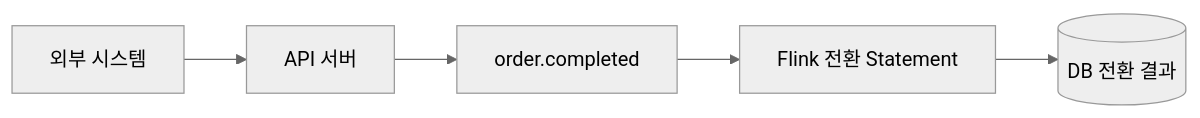
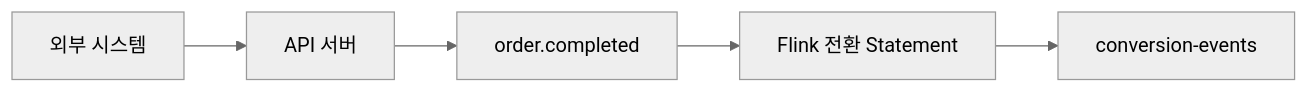
One commit to smk692/advertisement-project changed the fifth of 6 diagrams in docs/2. 설계/2-4. 광고_토픽_설계.md. Above: the diagram before and after it, drawn with Mermaid (neutral theme). The commit also changed other lines of this file and 15 other files, not shown here.

````diff
--- a/docs/2. 설계/2-4. 광고_토픽_설계.md
+++ b/docs/2. 설계/2-4. 광고_토픽_설계.md
@@ -234,7 +320,7 @@
 ```mermaid
 graph LR
     EXT[외부 시스템] --> API[API 서버]
     API --> K3[order.completed]
     K3 --> F3[Flink 전환 Statement]
-    F3 --> DB[(DB 전환 결과)]
+    F3 --> K6[conversion-events]
 ```
````
